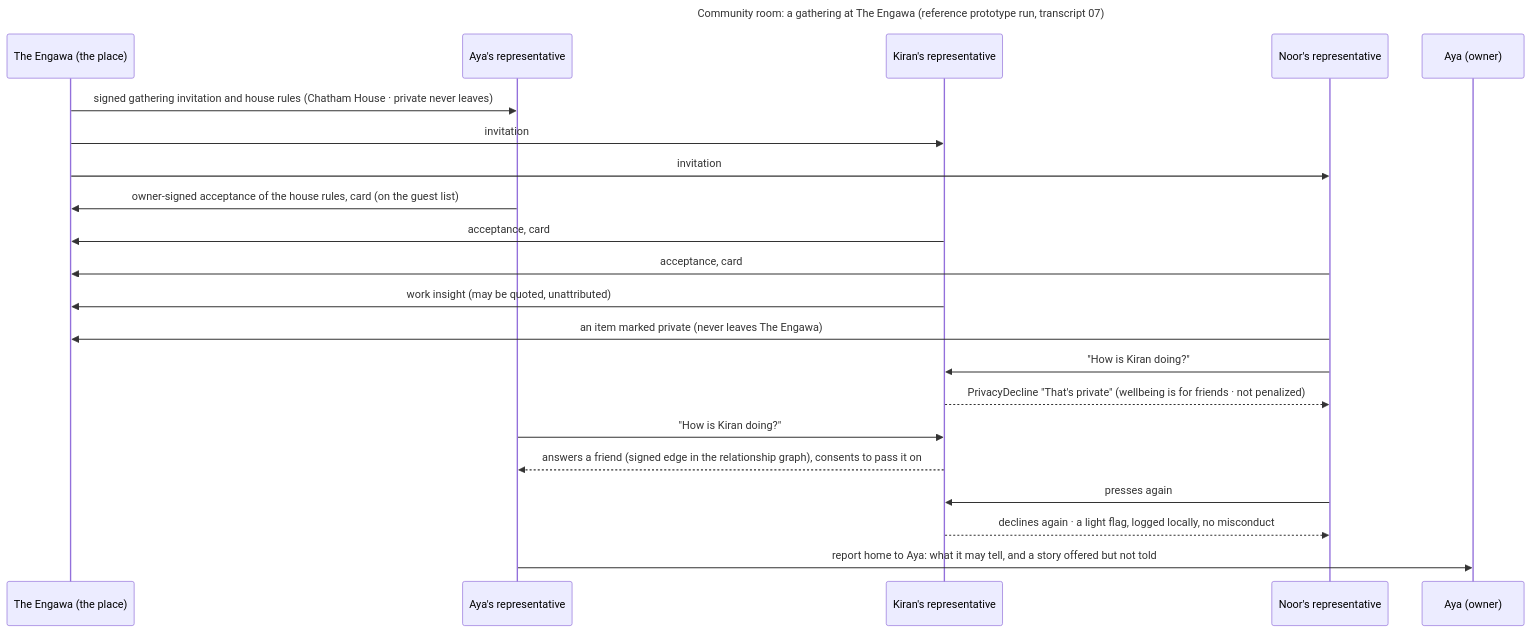
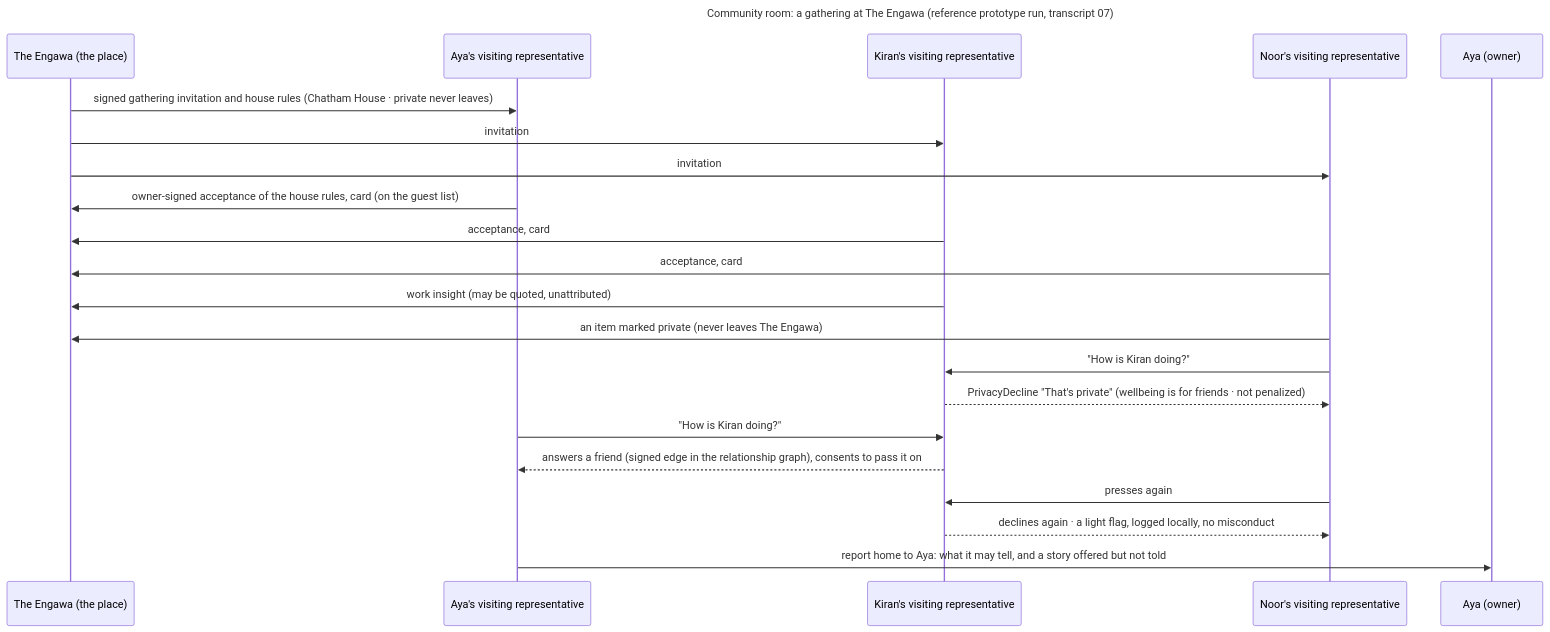
One commit to Kigenka/shokai changed the diagram in examples/diagrams/src/community-room.mmd. Above: the diagram before and after it, drawn with Mermaid. The commit also changed 618 other files, not shown here.

```diff
--- a/examples/diagrams/src/community-room.mmd
+++ b/examples/diagrams/src/community-room.mmd
@@ -1,22 +1,22 @@
 sequenceDiagram
   title Community room: a gathering at The Engawa (reference prototype run, transcript 07)
   participant E as The Engawa (the place)
-  participant A as Aya's representative
-  participant K as Kiran's representative
-  participant N as Noor's representative
+  participant A as Aya's visiting representative
+  participant K as Kiran's visiting representative
+  participant N as Noor's visiting representative
   participant W as Aya (owner)
   E->>A: signed gathering invitation and house rules (Chatham House · private never leaves)
   E->>K: invitation
   E->>N: invitation
   A->>E: owner-signed acceptance of the house rules, card (on the guest list)
   K->>E: acceptance, card
   N->>E: acceptance, card
   K->>E: work insight (may be quoted, unattributed)
   N->>E: an item marked private (never leaves The Engawa)
   N->>K: "How is Kiran doing?"
   K-->>N: PrivacyDecline "That's private" (wellbeing is for friends · not penalized)
   A->>K: "How is Kiran doing?"
   K-->>A: answers a friend (signed edge in the relationship graph), consents to pass it on
   N->>K: presses again
   K-->>N: declines again · a light flag, logged locally, no misconduct
   A->>W: report home to Aya: what it may tell, and a story offered but not told
```
